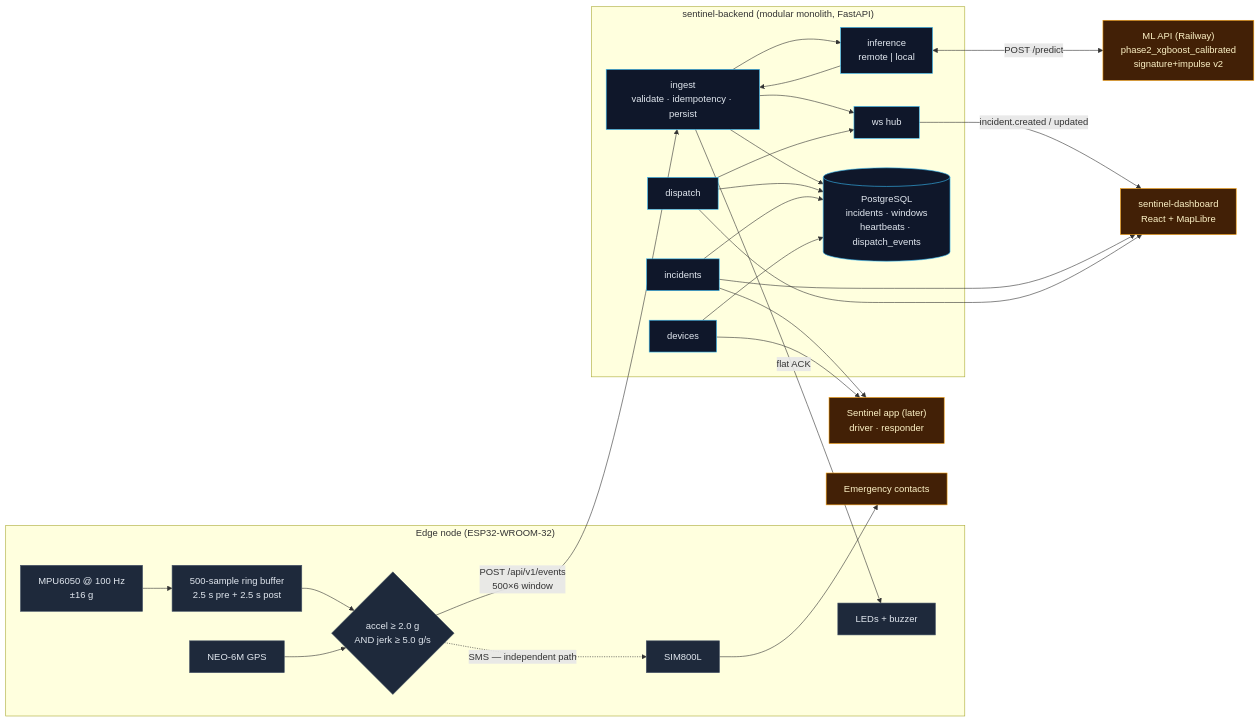
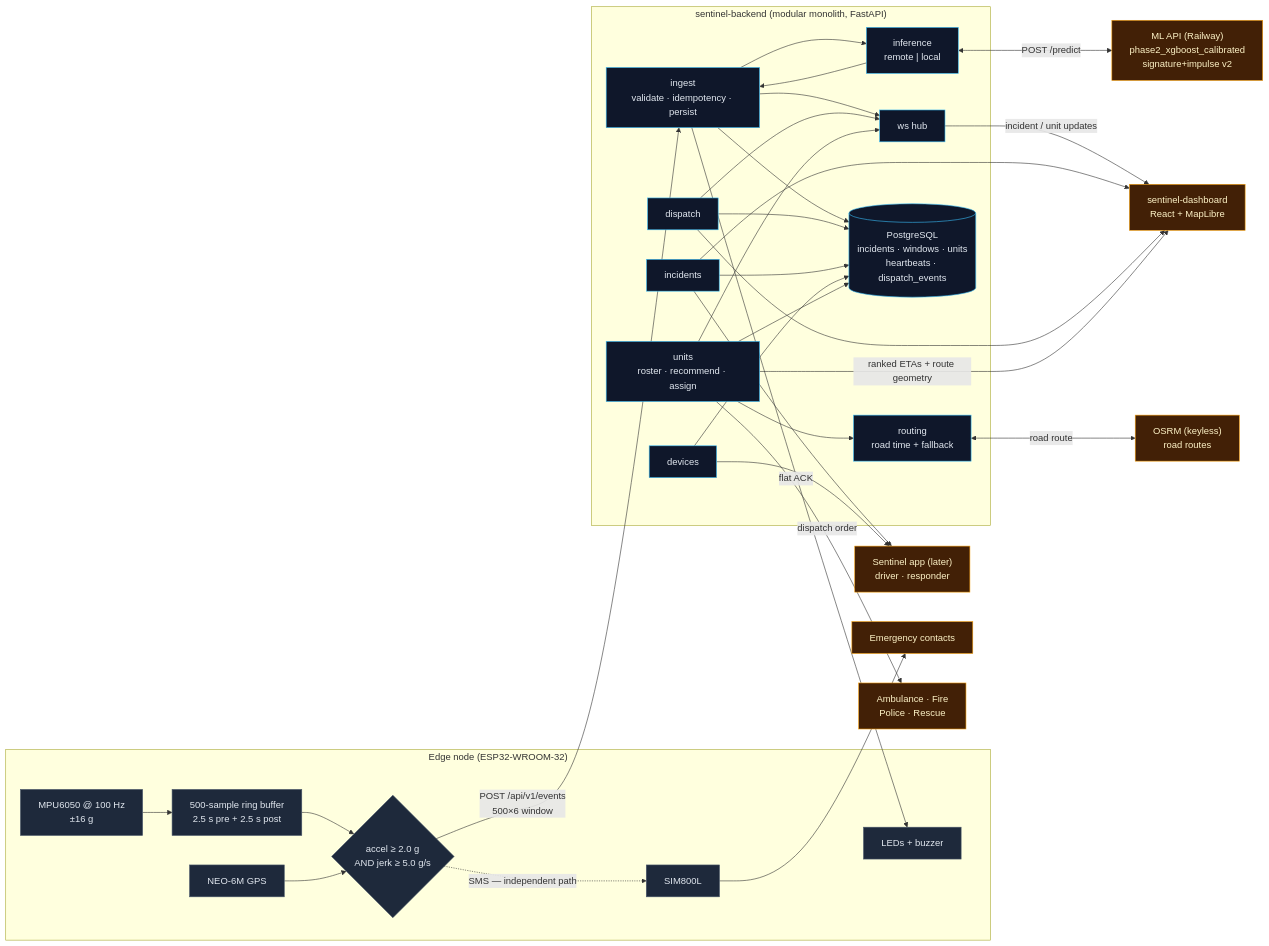
The diagram in ARCHITECTURE.md (bernardinee/sentinel-backend), drawn with Mermaid before and after one commit. The commit also changed other lines of this file and 10 other files, not shown here.

First line of the commit message:
Add emergency unit fleet with road-time dispatch routing

````diff
--- a/ARCHITECTURE.md
+++ b/ARCHITECTURE.md
@@ -5,53 +5,62 @@
 ```mermaid
 flowchart LR
   subgraph EDGE["Edge node (ESP32-WROOM-32)"]
     IMU["MPU6050 @ 100 Hz<br/>±16 g"]
     RING["500-sample ring buffer<br/>2.5 s pre + 2.5 s post"]
     TRIG{"accel ≥ 2.0 g<br/>AND jerk ≥ 5.0 g/s"}
     GPS["NEO-6M GPS"]
     GSM["SIM800L"]
     LED["LEDs + buzzer"]
     IMU --> RING --> TRIG
   end
 
   subgraph BACKEND["sentinel-backend (modular monolith, FastAPI)"]
     ING["ingest<br/>validate · idempotency · persist"]
     INF["inference<br/>remote | local"]
     INC["incidents"]
     DEV["devices"]
     DIS["dispatch"]
+    UNI["units<br/>roster · recommend · assign"]
+    RTE["routing<br/>road time + fallback"]
     WS["ws hub"]
-    DB[("PostgreSQL<br/>incidents · windows<br/>heartbeats · dispatch_events")]
+    DB[("PostgreSQL<br/>incidents · windows · units<br/>heartbeats · dispatch_events")]
     ING --> DB
     ING --> INF
     INF --> ING
     ING --> WS
     DIS --> DB
     DIS --> WS
     INC --> DB
     DEV --> DB
+    UNI --> DB
+    UNI --> RTE
+    UNI --> WS
   end
 
   ML["ML API (Railway)<br/>phase2_xgboost_calibrated<br/>signature+impulse v2"]
+  OSRM["OSRM (keyless)<br/>road routes"]
   DASH["sentinel-dashboard<br/>React + MapLibre"]
   APP["Sentinel app (later)<br/>driver · responder"]
   PHONE["Emergency contacts"]
 
   TRIG -->|"POST /api/v1/events<br/>500×6 window"| ING
   GPS --> TRIG
   TRIG -.->|"SMS — independent path"| GSM --> PHONE
   ING -->|flat ACK| LED
   INF <-->|"POST /predict"| ML
-  WS -->|"incident.created / updated"| DASH
+  RTE <-->|"road route"| OSRM
+  WS -->|"incident / unit updates"| DASH
   INC --> DASH
   DIS --> DASH
+  UNI -->|"ranked ETAs + route geometry"| DASH
+  UNI -->|"dispatch order"| CREW["Ambulance · Fire<br/>Police · Rescue"]
   INC --> APP
   DEV --> APP
 
   classDef edge fill:#1e293b,stroke:#475569,color:#e2e8f0
   classDef svc fill:#0f172a,stroke:#38bdf8,color:#e2e8f0
   classDef ext fill:#422006,stroke:#f59e0b,color:#fef3c7
   class IMU,RING,TRIG,GPS,GSM,LED edge
-  class ING,INF,INC,DEV,DIS,WS,DB svc
-  class ML,DASH,APP,PHONE ext
+  class ING,INF,INC,DEV,DIS,UNI,RTE,WS,DB svc
+  class ML,OSRM,DASH,APP,PHONE,CREW ext
 ```
````
